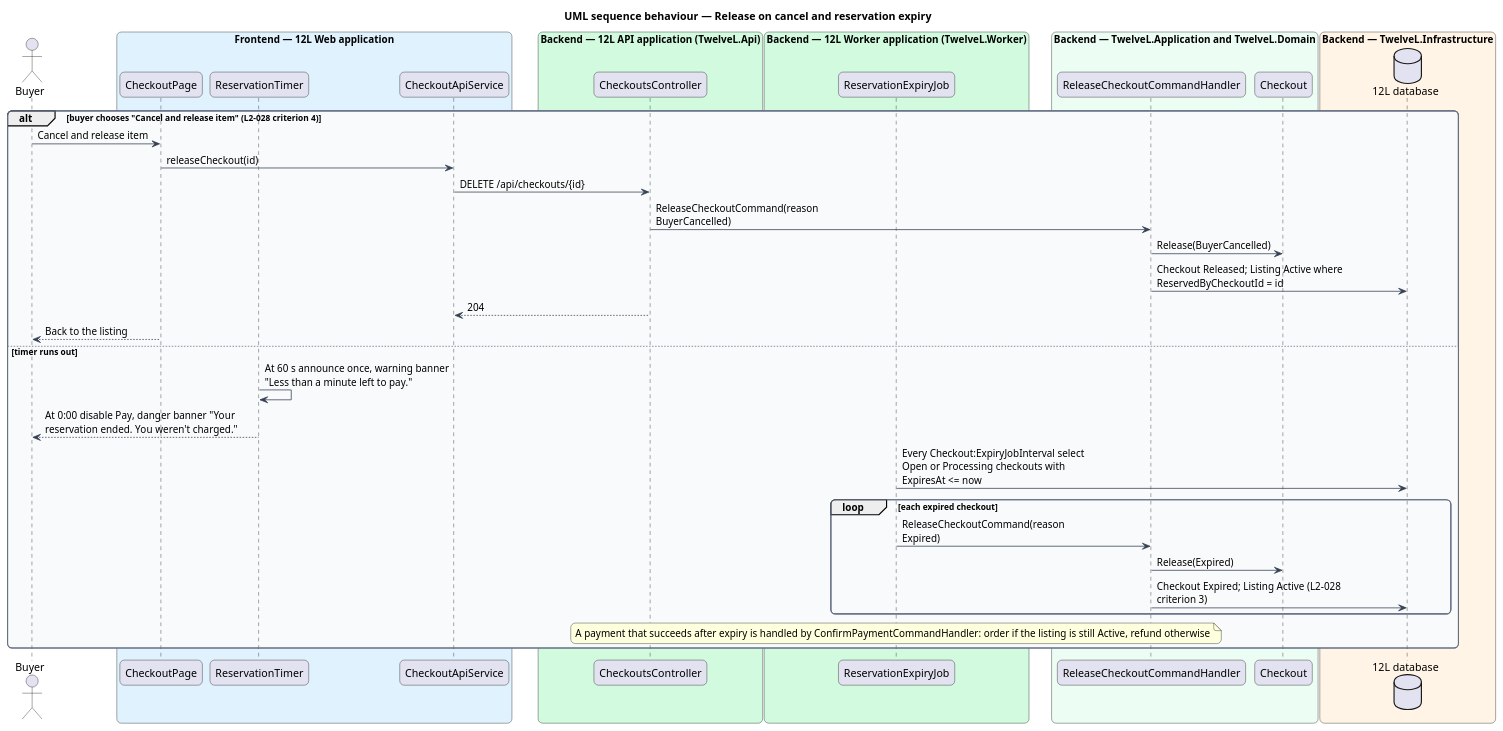
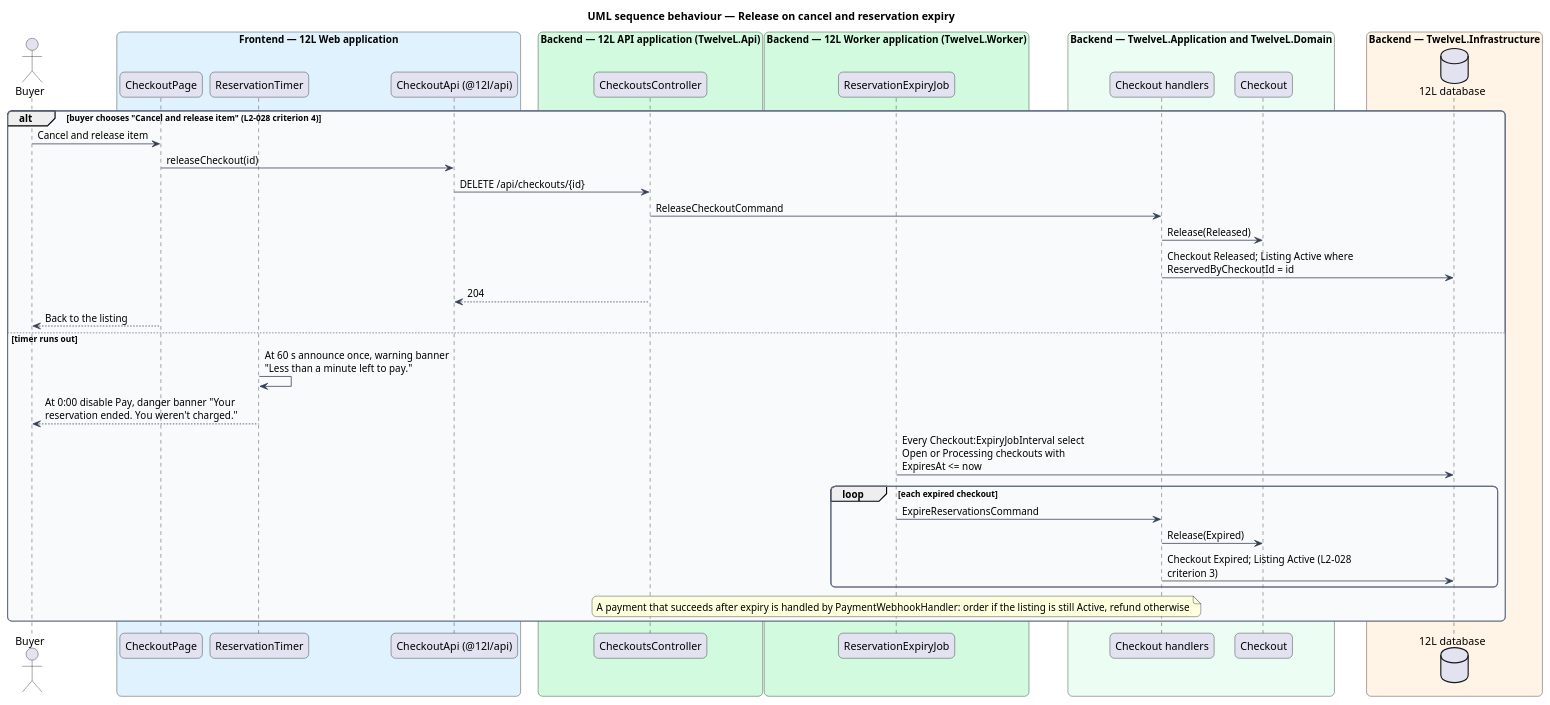
The diagram in docs/detailed-designs/orders/checkout-and-pay/diagrams/sequence-release-and-expiry.puml (QuinntyneBrown/12l), drawn with PlantUML before and after one commit. The commit also changed 66 other files, not shown here.

```diff
--- a/docs/detailed-designs/orders/checkout-and-pay/diagrams/sequence-release-and-expiry.puml
+++ b/docs/detailed-designs/orders/checkout-and-pay/diagrams/sequence-release-and-expiry.puml
@@ -1,58 +1,58 @@
 @startuml
 title UML sequence behaviour — Release on cancel and reservation expiry
 skinparam backgroundColor #FFFFFF
 skinparam shadowing false
 skinparam roundcorner 12
 skinparam defaultFontName Arial
 skinparam ArrowColor #344054
 skinparam rectangle {
   BorderColor #344054
   FontColor #101828
 }
 skinparam package {
   BorderColor #667085
   FontColor #101828
   BackgroundColor #F9FAFB
 }
 skinparam sequenceMessageAlign left
 skinparam maxMessageSize 260
 actor "Buyer" as actor
 box "Frontend — 12L Web application" #E0F2FE
   participant "CheckoutPage" as page
   participant "ReservationTimer" as timer
-  participant "CheckoutApiService" as client
+  participant "CheckoutApi (@12l/api)" as client
 end box
 box "Backend — 12L API application (TwelveL.Api)" #D1FADF
   participant "CheckoutsController" as ctrl
 end box
 box "Backend — 12L Worker application (TwelveL.Worker)" #D1FADF
   participant "ReservationExpiryJob" as job
 end box
 box "Backend — TwelveL.Application and TwelveL.Domain" #ECFDF3
-  participant "ReleaseCheckoutCommandHandler" as h
+  participant "Checkout handlers" as h
   participant "Checkout" as co
 end box
 box "Backend — TwelveL.Infrastructure" #FFF4E5
   database "12L database" as db
 end box
 alt buyer chooses "Cancel and release item" (L2-028 criterion 4)
   actor -> page : Cancel and release item
   page -> client : releaseCheckout(id)
   client -> ctrl : DELETE /api/checkouts/{id}
-  ctrl -> h : ReleaseCheckoutCommand(reason BuyerCancelled)
-  h -> co : Release(BuyerCancelled)
+  ctrl -> h : ReleaseCheckoutCommand
+  h -> co : Release(Released)
   h -> db : Checkout Released; Listing Active where ReservedByCheckoutId = id
   ctrl --> client : 204
   page --> actor : Back to the listing
 else timer runs out
   timer -> timer : At 60 s announce once, warning banner "Less than a minute left to pay."
   timer --> actor : At 0:00 disable Pay, danger banner "Your reservation ended. You weren't charged."
   job -> db : Every Checkout:ExpiryJobInterval select Open or Processing checkouts with ExpiresAt <= now
   loop each expired checkout
-    job -> h : ReleaseCheckoutCommand(reason Expired)
+    job -> h : ExpireReservationsCommand
     h -> co : Release(Expired)
     h -> db : Checkout Expired; Listing Active (L2-028 criterion 3)
   end
-  note over job : A payment that succeeds after expiry is handled by ConfirmPaymentCommandHandler: order if the listing is still Active, refund otherwise
+  note over job : A payment that succeeds after expiry is handled by PaymentWebhookHandler: order if the listing is still Active, refund otherwise
 end
 @enduml
```
